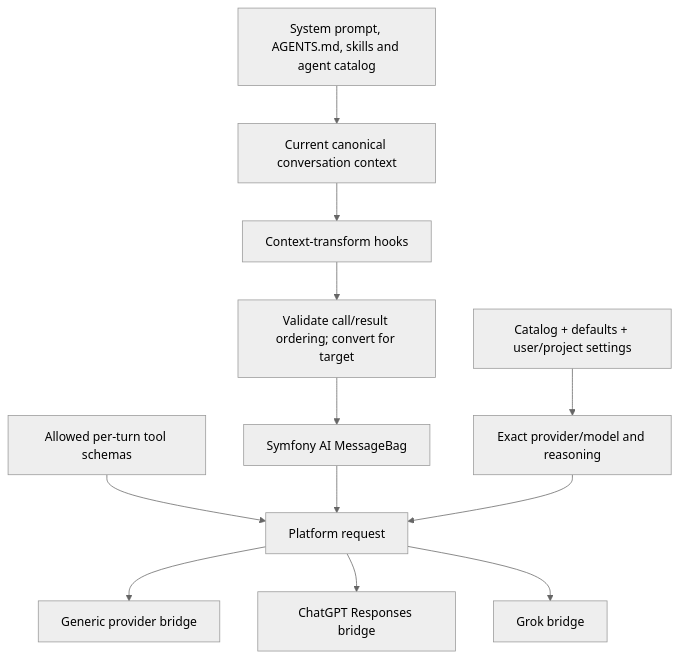
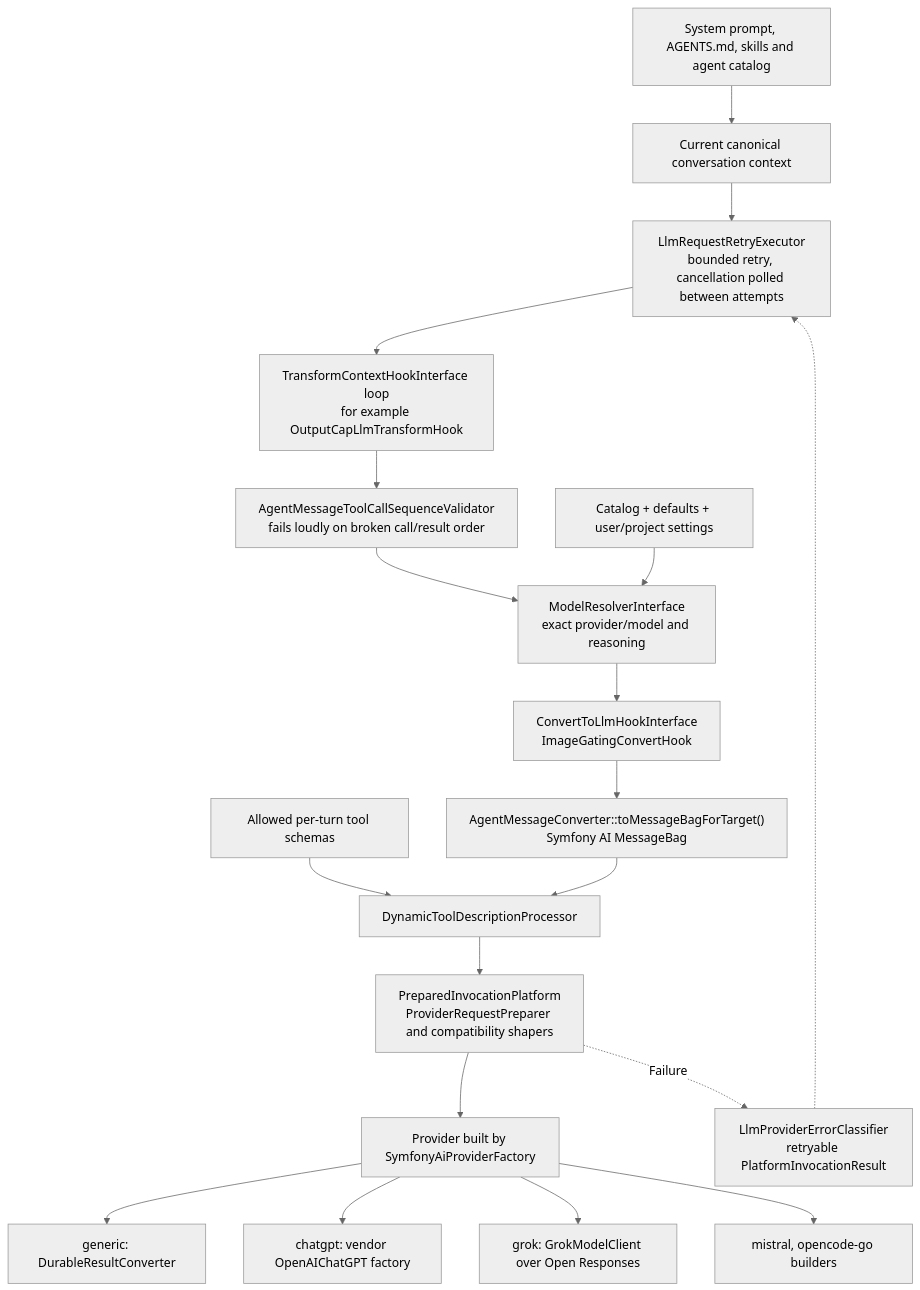
The first of 3 diagrams in architecture/context-and-projection.md (ineersa/agent-core), drawn with Mermaid (neutral theme) before and after one commit. The commit also changed other lines of this file and 86 other files, not shown here.

First line of the commit message:
Fix documentation drift and expand architecture diagrams

````diff
--- a/architecture/context-and-projection.md
+++ b/architecture/context-and-projection.md
@@ -7,14 +7,21 @@
 ```mermaid
 flowchart TD
-    Config["Catalog + defaults + user/project settings"] --> Model["Exact provider/model and reasoning"]
     Instructions["System prompt, AGENTS.md, skills and agent catalog"] --> Context["Current canonical conversation context"]
-    Context --> Hooks["Context-transform hooks"]
-    Hooks --> Validate["Validate call/result ordering; convert for target"]
-    Validate --> Bag["Symfony AI MessageBag"]
-    Tools["Allowed per-turn tool schemas"] --> Request["Platform request"]
-    Bag --> Request
-    Model --> Request
-    Request --> Generic["Generic provider bridge"]
-    Request --> ChatGPT["ChatGPT Responses bridge"]
-    Request --> Grok["Grok bridge"]
+    Context --> Retry["LlmRequestRetryExecutor<br/>bounded retry, cancellation polled between attempts"]
+    Retry --> Hooks["TransformContextHookInterface loop<br/>for example OutputCapLlmTransformHook"]
+    Hooks --> Validate["AgentMessageToolCallSequenceValidator<br/>fails loudly on broken call/result order"]
+    Validate --> Resolve["ModelResolverInterface<br/>exact provider/model and reasoning"]
+    Config["Catalog + defaults + user/project settings"] --> Resolve
+    Resolve --> Convert["ConvertToLlmHookInterface<br/>ImageGatingConvertHook"]
+    Convert --> Bag["AgentMessageConverter::toMessageBagForTarget()<br/>Symfony AI MessageBag"]
+    Tools["Allowed per-turn tool schemas"] --> Describe["DynamicToolDescriptionProcessor"]
+    Bag --> Describe
+    Describe --> Prepare["PreparedInvocationPlatform<br/>ProviderRequestPreparer and compatibility shapers"]
+    Prepare --> Providers["Provider built by SymfonyAiProviderFactory"]
+    Providers --> Generic["generic: DurableResultConverter"]
+    Providers --> ChatGPT["chatgpt: vendor OpenAIChatGPT factory"]
+    Providers --> Grok["grok: GrokModelClient over Open Responses"]
+    Providers --> Other["mistral, opencode-go builders"]
+    Prepare -.->|"Failure"| Classify["LlmProviderErrorClassifier<br/>retryable PlatformInvocationResult"]
+    Classify -.-> Retry
 ```
````
